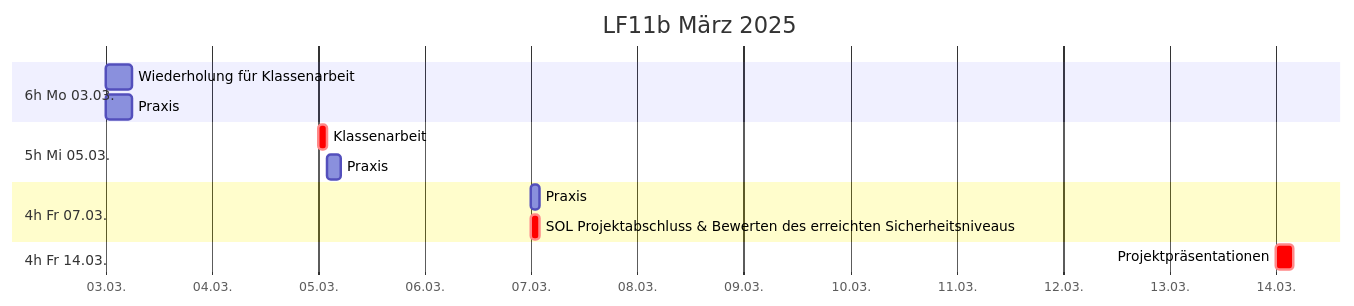
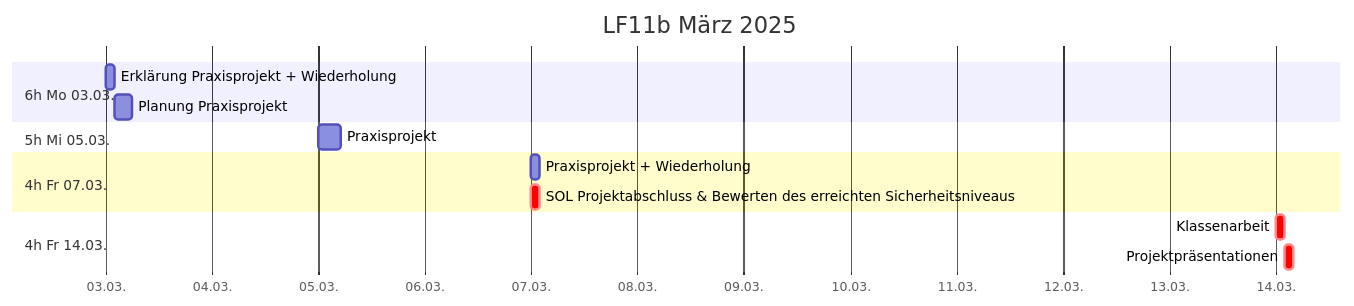
One commit to johannesloetzsch/LF11b changed the third of 3 diagrams in src/plan.md. Above: the diagram before and after it, drawn with Mermaid. The commit also changed other lines of this file and 2 other files, not shown here.

````diff
--- a/src/plan.md
+++ b/src/plan.md
@@ -45,17 +45,17 @@
 ```mermaid
 gantt
  title LF11b März 2025
  dateFormat YYYY-MM-DD
  axisFormat %d.%m.
  section 6h Mo 03.03.
-  Wiederholung für Klassenarbeit    :2025-03-03, 6h
-  Praxis                            :2025-03-03, 6h
+  Erklärung Praxisprojekt + Wiederholung :t1, 2025-03-03, 2h
+  Planung Praxisprojekt             :after t1, 4h
  section 5h Mi 05.03.
-  Klassenarbeit                     :crit, t1, 2025-03-05, 2h
-  Praxis                            :after t1, 3h
+  Praxisprojekt                     :2025-03-05, 5h
  section 4h Fr 07.03.
-  Praxis                            :2025-03-07, 2h
+  Praxisprojekt + Wiederholung      :2025-03-07, 2h
   SOL Projektabschluss & Bewerten des erreichten Sicherheitsniveaus :crit, 2025-03-07, 2h
  section 4h Fr 14.03.
-  Projektpräsentationen             :crit, 2025-03-14, 4h
+  Klassenarbeit                     :crit, t2, 2025-03-14, 2h
+  Projektpräsentationen             :crit, after t2, 2h
 ```
````
